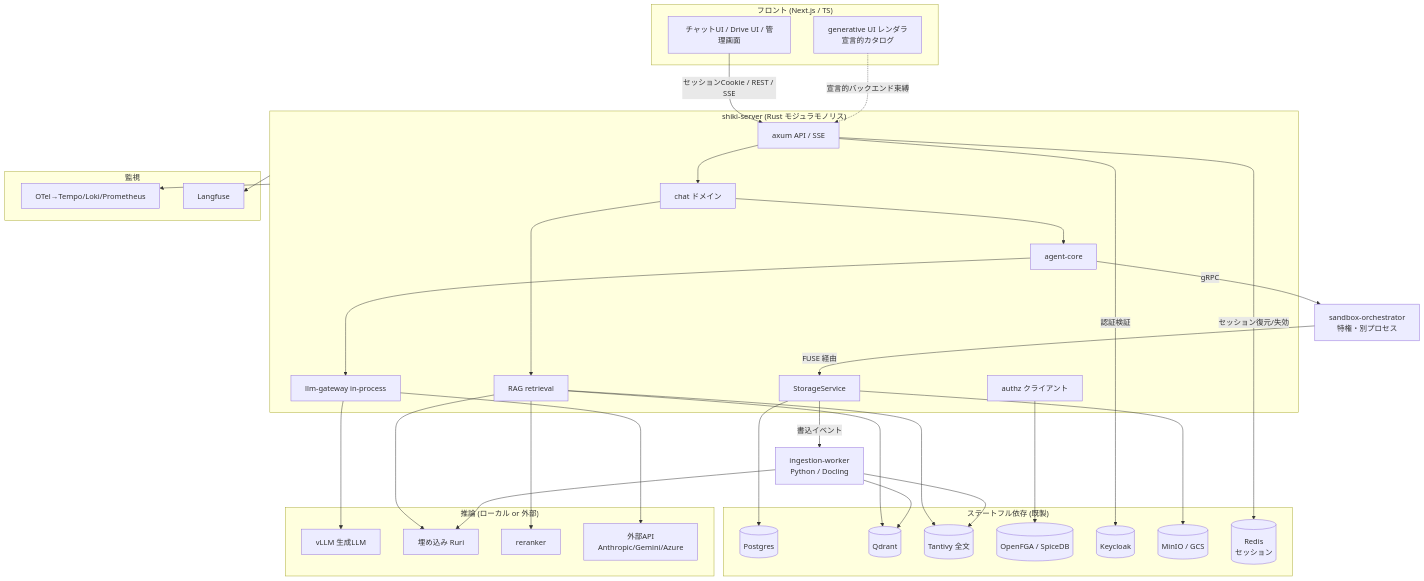
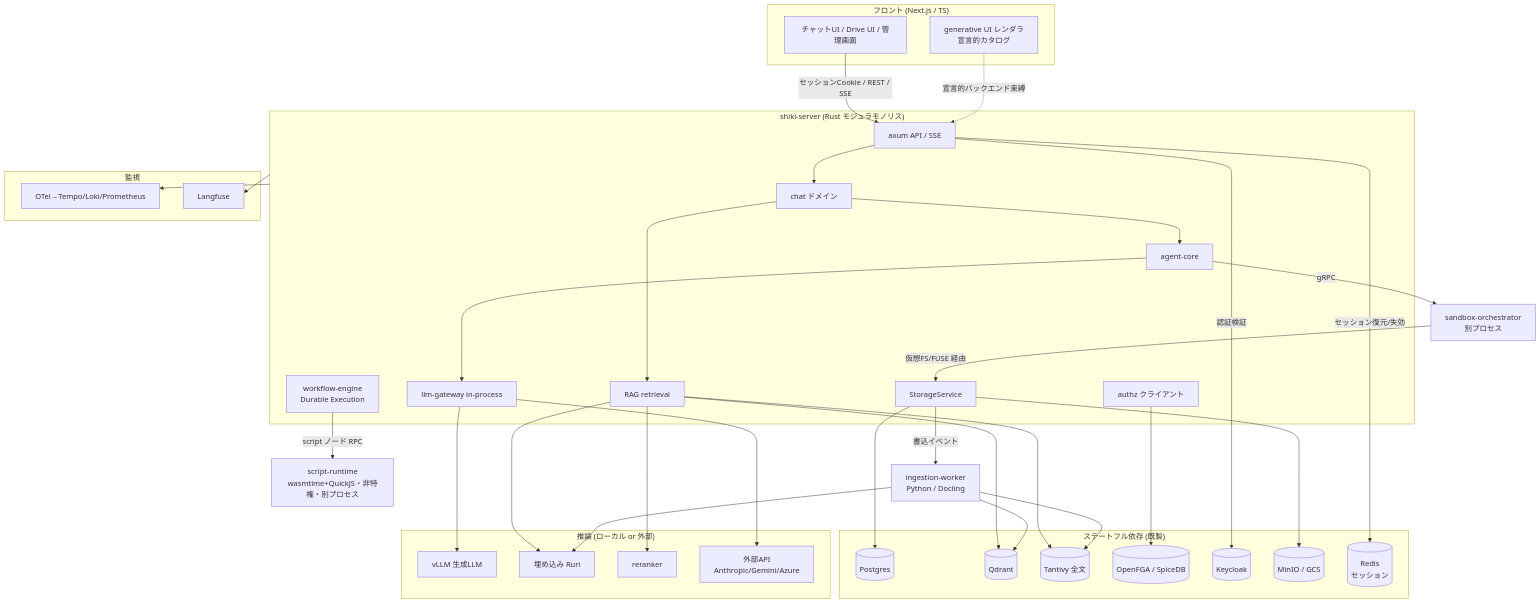
The first of 8 diagrams in docs/design.md (imanect-labs/shiki-platform), drawn with Mermaid before and after one commit. The commit also changed other lines of this file and 12 other files, not shown here.

````diff
--- a/docs/design.md
+++ b/docs/design.md
@@ -18,58 +18,61 @@
 ```mermaid
 flowchart TB
   subgraph Client["フロント (Next.js / TS)"]
     UI[チャットUI / Drive UI / 管理画面]
     GUI[generative UI レンダラ<br/>宣言的カタログ]
   end
 
   subgraph Server["shiki-server (Rust モジュラモノリス)"]
     API[axum API / SSE]
     CHAT[chat ドメイン]
     AGENT[agent-core]
     GW[llm-gateway in-process]
     STORE[StorageService]
     RAG[RAG retrieval]
     AUTHZc[authz クライアント]
+    WF[workflow-engine<br/>Durable Execution]
   end
 
-  ORCH[sandbox-orchestrator<br/>特権・別プロセス]
+  ORCH[sandbox-orchestrator<br/>別プロセス]
+  SCRT[script-runtime<br/>wasmtime+QuickJS・非特権・別プロセス]
   INGEST[ingestion-worker<br/>Python / Docling]
 
   subgraph Infra["ステートフル依存 (既製)"]
     PG[(Postgres)]
     QD[(Qdrant)]
     TV[(Tantivy 全文)]
     FGA[(OpenFGA / SpiceDB)]
     KC[(Keycloak)]
     OBJ[(MinIO / GCS)]
     RD[(Redis<br/>セッション)]
   end
 
   subgraph Infer["推論 (ローカル or 外部)"]
     VLLM[vLLM 生成LLM]
     EMB[埋め込み Ruri]
     RR[reranker]
     EXT[外部API<br/>Anthropic/Gemini/Azure]
   end
 
   subgraph Obs["監視"]
     OTEL[OTel→Tempo/Loki/Prometheus]
     LF[Langfuse]
   end
 
   UI -->|セッションCookie / REST / SSE| API
   GUI -. 宣言的バックエンド束縛 .-> API
   API --> CHAT --> AGENT --> GW
   GW --> VLLM & EXT
   RAG --> QD & TV & RR & EMB
   CHAT --> RAG
   AGENT -->|gRPC| ORCH
-  ORCH -->|FUSE 経由| STORE
+  WF -->|script ノード RPC| SCRT
+  ORCH -->|仮想FS/FUSE 経由| STORE
   STORE --> OBJ & PG
   STORE -->|書込イベント| INGEST
   INGEST --> QD & TV & EMB
   AUTHZc --> FGA
   API -->|認証検証| KC
   API -->|セッション復元/失効| RD
   Server --> OTEL & LF
 ```
````
